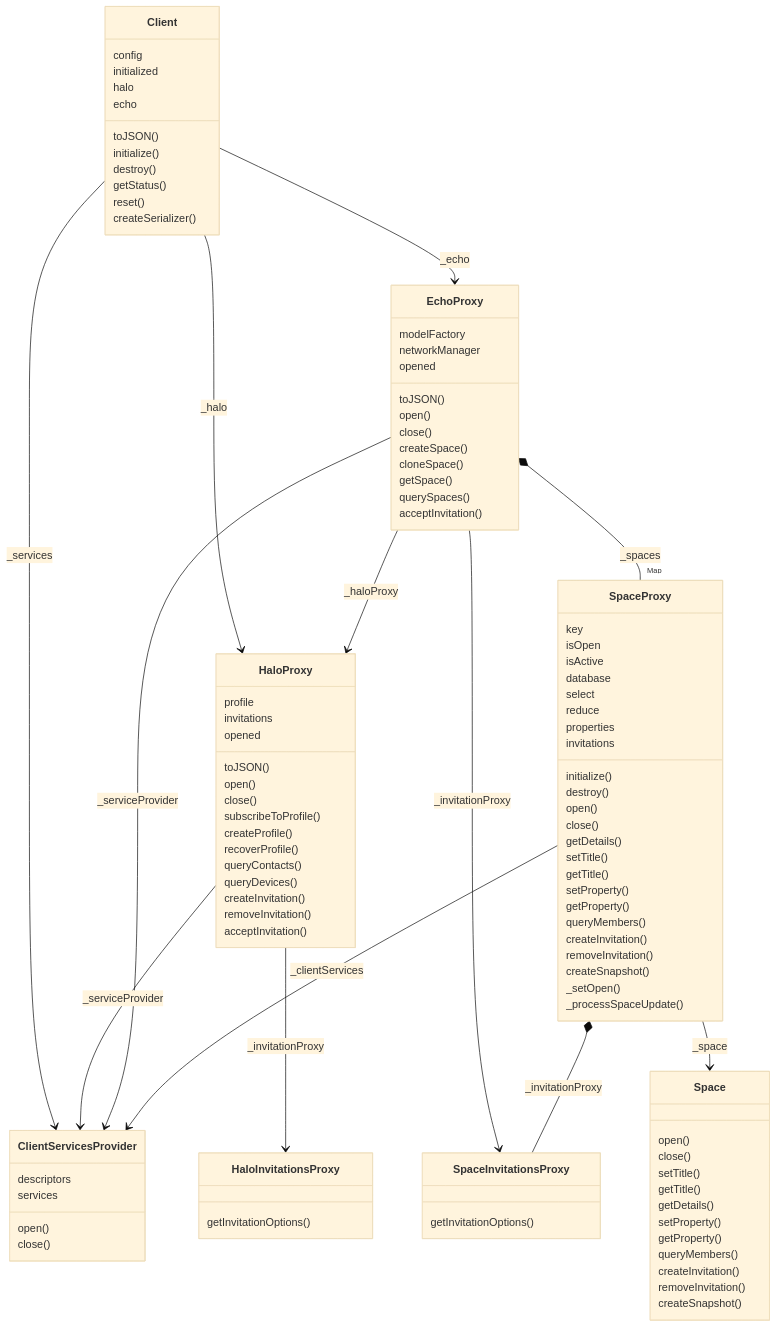
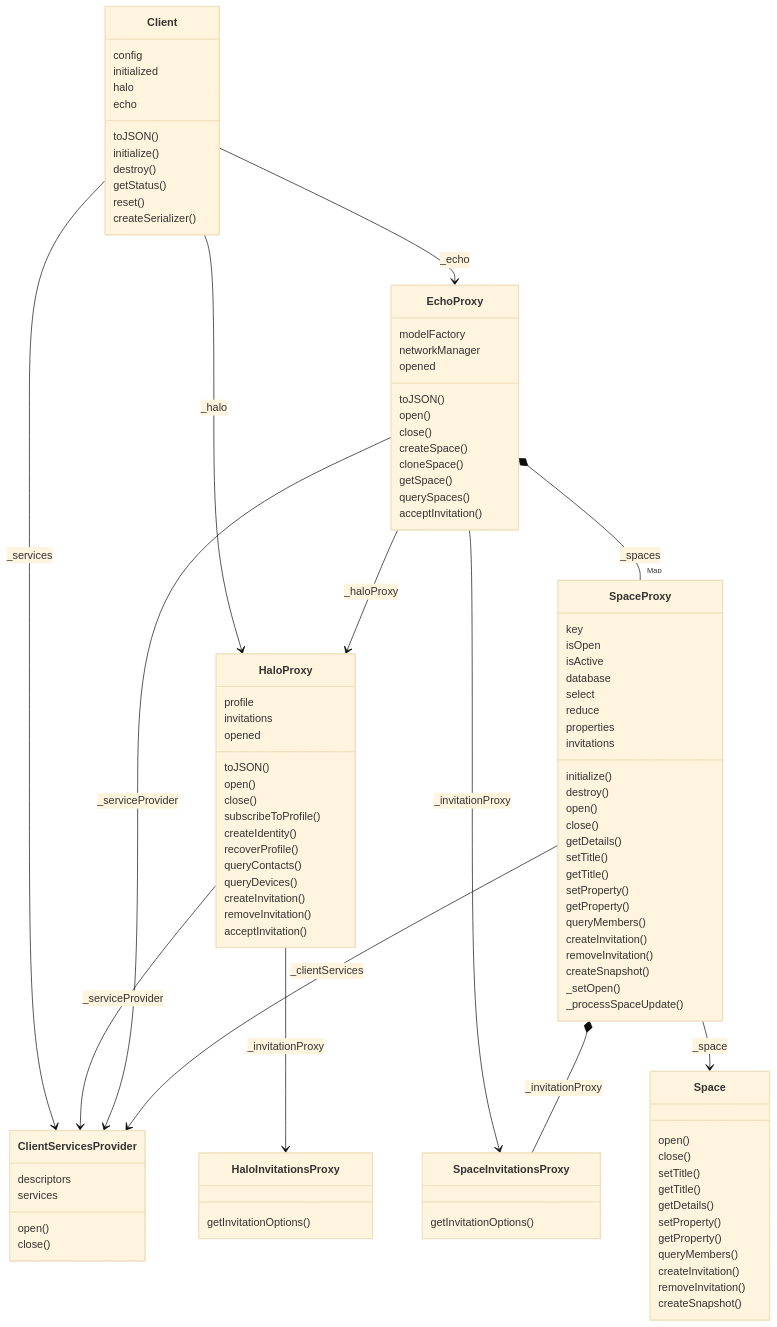
One commit to dxos/dxos changed the first of 2 diagrams in packages/sdk/client/docs/README.md. Above: the diagram before and after it, drawn with Mermaid (base theme). The commit also changed 42 other files, not shown here.

Commit message:
Rename halo.createProfile -> createIdentity

```diff
--- a/packages/sdk/client/docs/README.md
+++ b/packages/sdk/client/docs/README.md
@@ -38,7 +38,7 @@
   open()
   close()
   subscribeToProfile()
-  createProfile()
+  createIdentity()
   recoverProfile()
   queryContacts()
   queryDevices()
```
